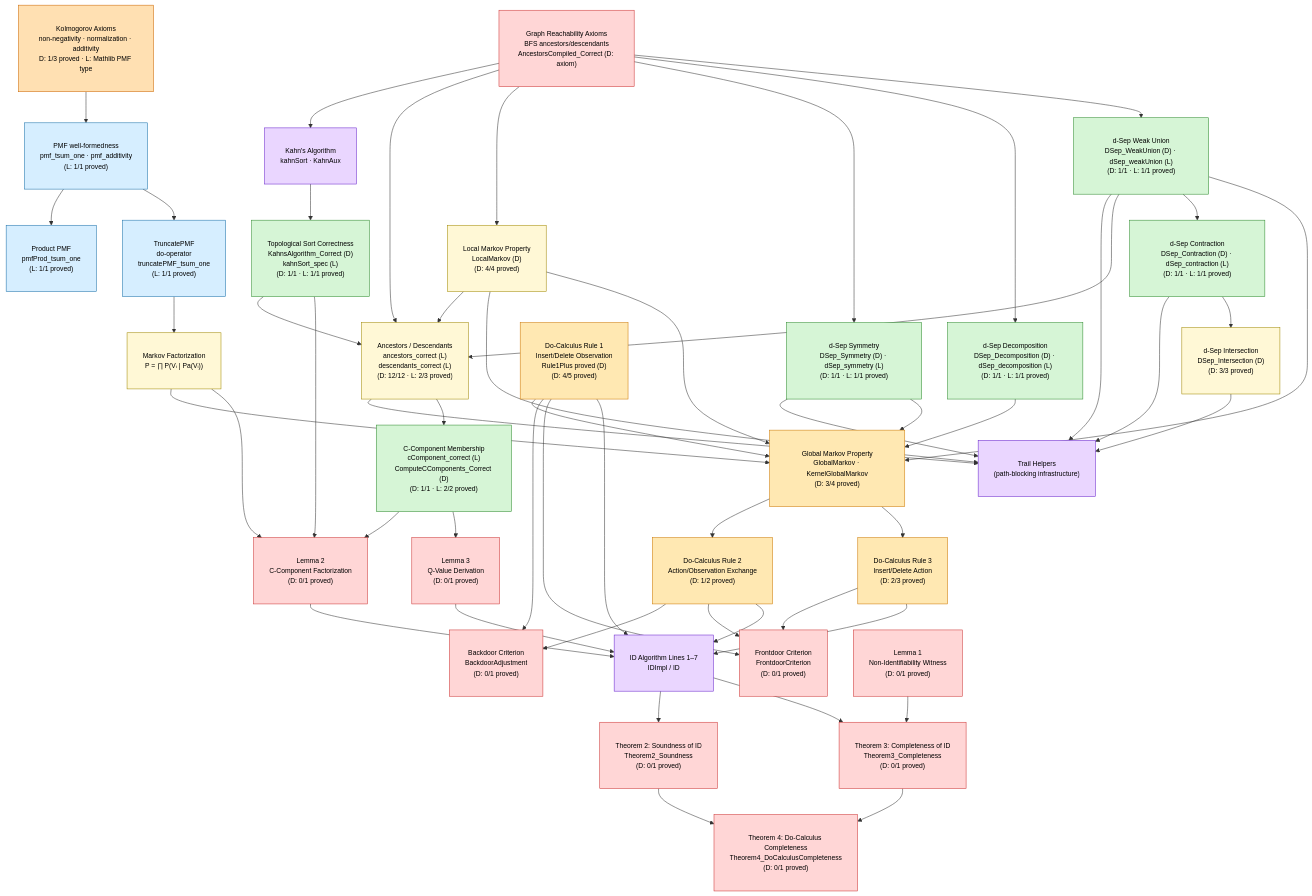
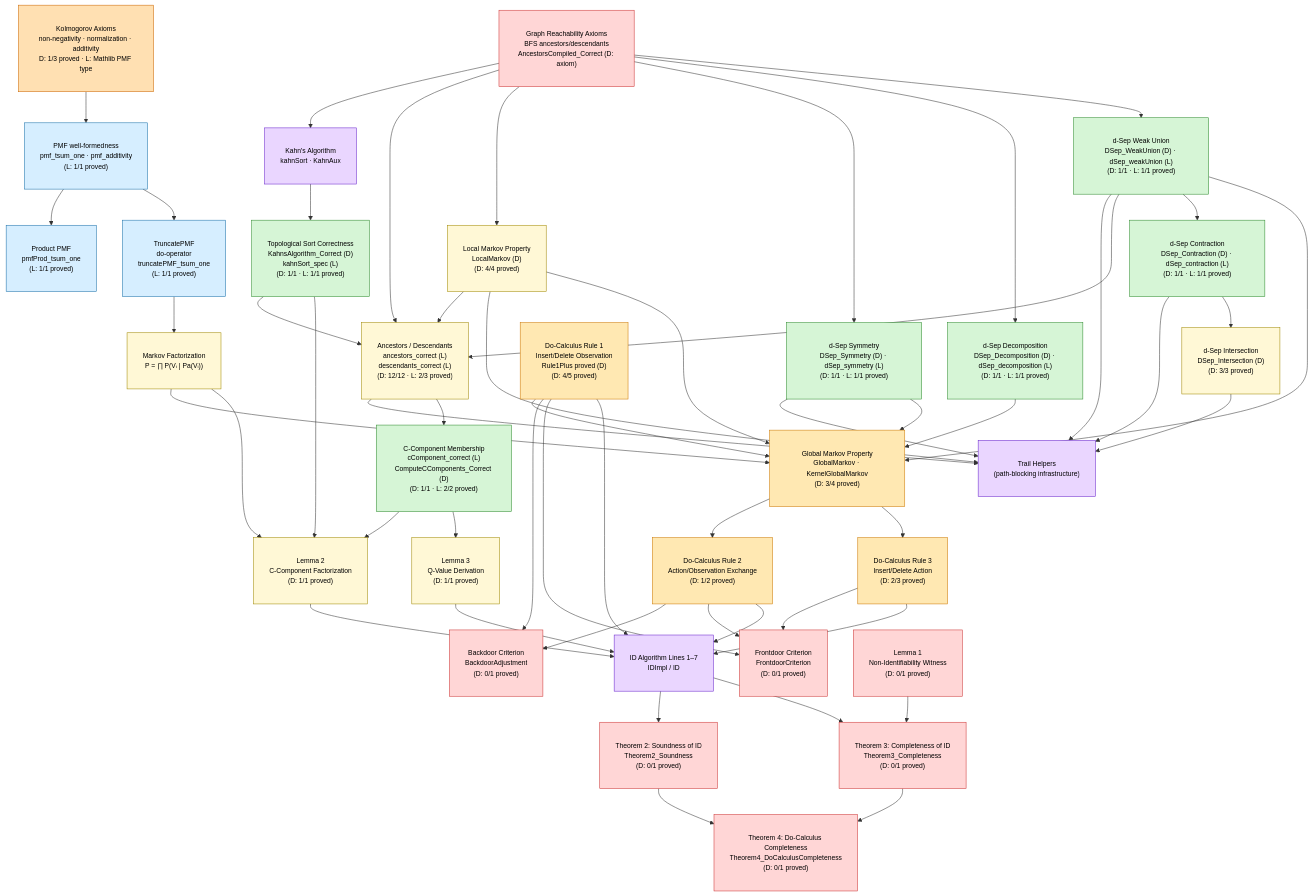
The diagram in docs/lean_and_dafny_dag.md (y0-causal-inference/y0), drawn with Mermaid before and after one commit. The commit also changed 1 other file, not shown here.

Commit message:
Prove Lemma2_CComponentFactorization and Lemma3_QValueDerivation in Dafny
Lemma2: no ensures clauses — the mathematical content (P(v) = ∏ Q[Sᵢ]) is
stated narratively; removing {:axiom} and adding {} body trivially verifies.

Lemma3: the single ensures (IsDistribution(QValue(sm, p, D, ord))) follows
directly from QValue_IsDistribution(sm, p, D, ord), since D <= S <= SMNodes(sm).

Both lemmas now verified (623 verified, 0 errors).
Regenerated docs/lean_and_dafny_dag.md.

```diff
--- a/docs/lean_and_dafny_dag.md
+++ b/docs/lean_and_dafny_dag.md
@@ -31,9 +31,9 @@
     n_L1["Lemma 1\nNon-Identifiability Witness
 (D: 0/1 proved)"]:::unproved
     n_L2["Lemma 2\nC-Component Factorization
-(D: 0/1 proved)"]:::unproved
+(D: 1/1 proved)"]:::dafnyOnly
     n_L3L["Lemma 3\nQ-Value Derivation
-(D: 0/1 proved)"]:::unproved
+(D: 1/1 proved)"]:::dafnyOnly
     n_LMARKOV["Local Markov Property\nLocalMarkov (D)
 (D: 4/4 proved)"]:::dafnyOnly
     n_MARKOV["Markov Factorization\nP = ∏ P(Vᵢ | Pa(Vᵢ))"]:::dafnyOnly
```
